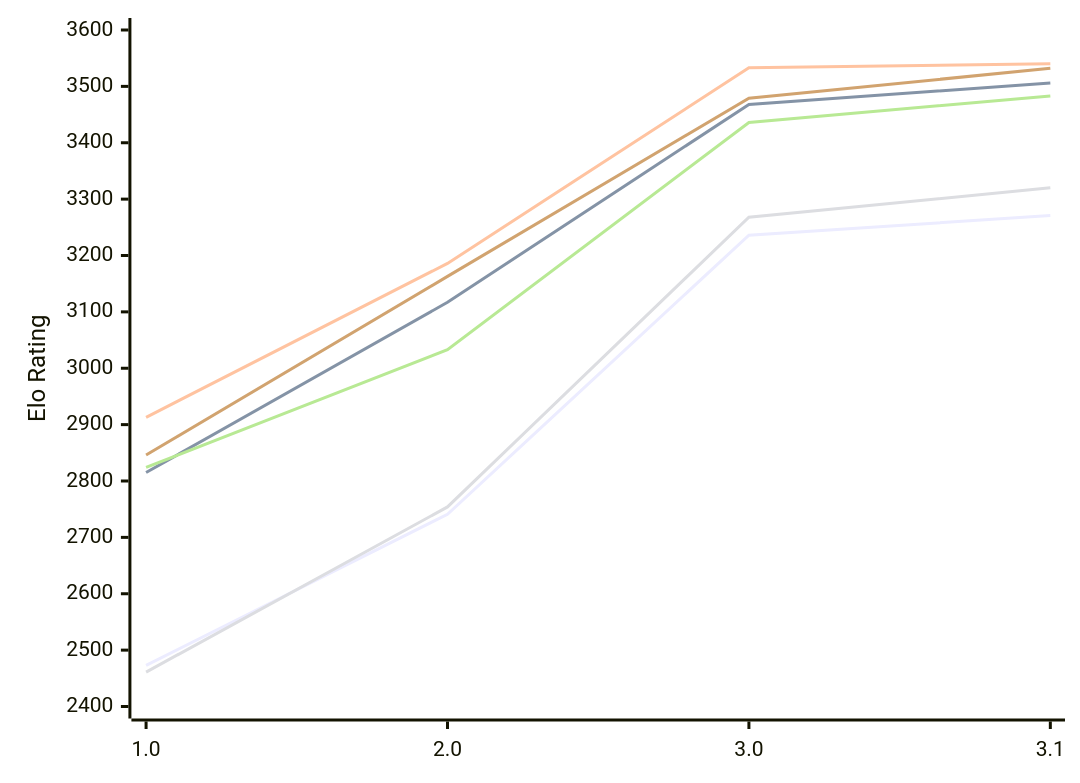
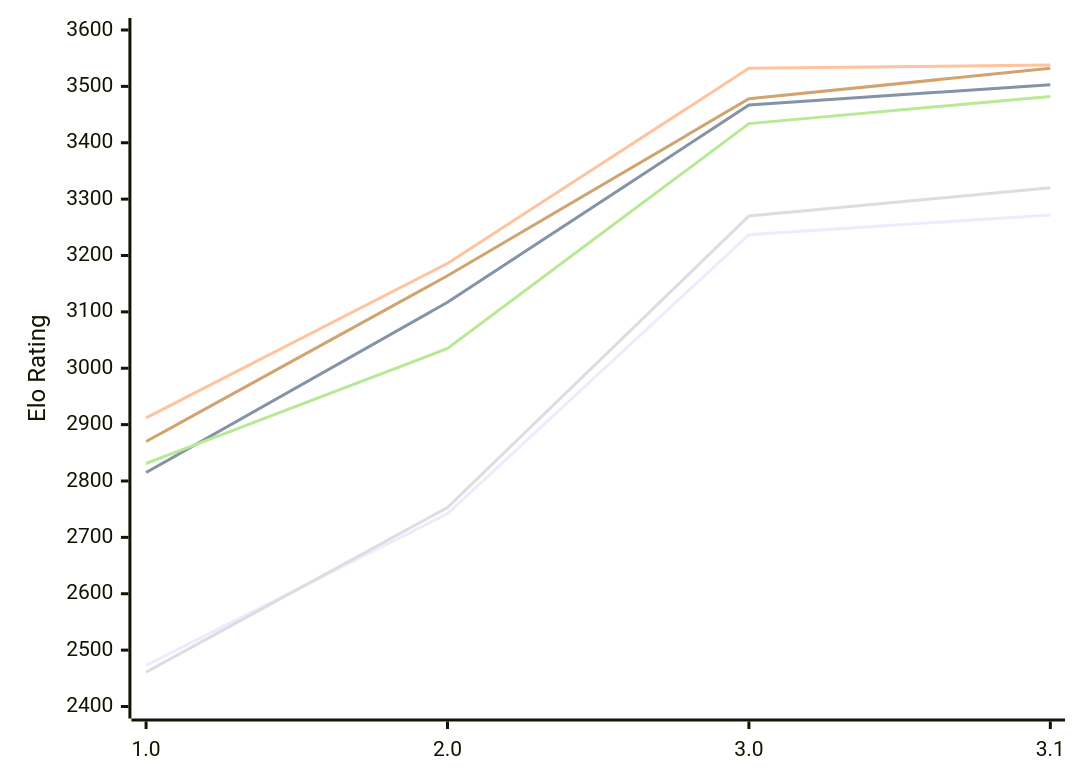
The diagram in engines/Funcomp.md (computer-chess-index/cci), drawn with Mermaid before and after one commit. The commit also changed other lines of this file, not shown here.

Commit message:
Update CCI Ratings (ELO VLTC) - 2026-11-27

````diff
--- a/engines/Funcomp.md
+++ b/engines/Funcomp.md
@@ -53,12 +53,12 @@
 ```mermaid
 %%{init: {"theme":"base","themeVariables":{"seriesColors:['#a3a3a3','#222221','#faa371']}}}%%
 xychart-beta
   x-axis ["1.0", "2.0", "3.0", "3.1"]
   y-axis "Elo Rating" 2400 --> 3600
-  line "E1: STC (8.0+0.08s)" [2473, 2741, 3236, 3271]
-  line "E1: LTC (60.0+0.60s)" [2815, 3117, 3468, 3506]
-  line "E1: VLTC (2m24s+1.12s)" [2913, 3186, 3533, 3540]
-  line "P1: STC (8.0+0.08s)" [2461, 2754, 3268, 3320]
-  line "P1: LTC (60.0+0.60s)" [2824, 3033, 3436, 3483]
-  line "P1: VLTC (2m24s+1.12s)" [2846, 3163, 3479, 3532]
+  line "E1: STC (8.0+0.08s)" [2473, 2742, 3237, 3272]
+  line "E1: LTC (60.0+0.60s)" [2815, 3117, 3467, 3503]
+  line "E1: VLTC (2m24s+1.12s)" [2912, 3186, 3532, 3538]
+  line "P1: STC (8.0+0.08s)" [2461, 2753, 3270, 3320]
+  line "P1: LTC (60.0+0.60s)" [2831, 3035, 3434, 3482]
+  line "P1: VLTC (2m24s+1.12s)" [2870, 3164, 3478, 3532]
 ```
````
